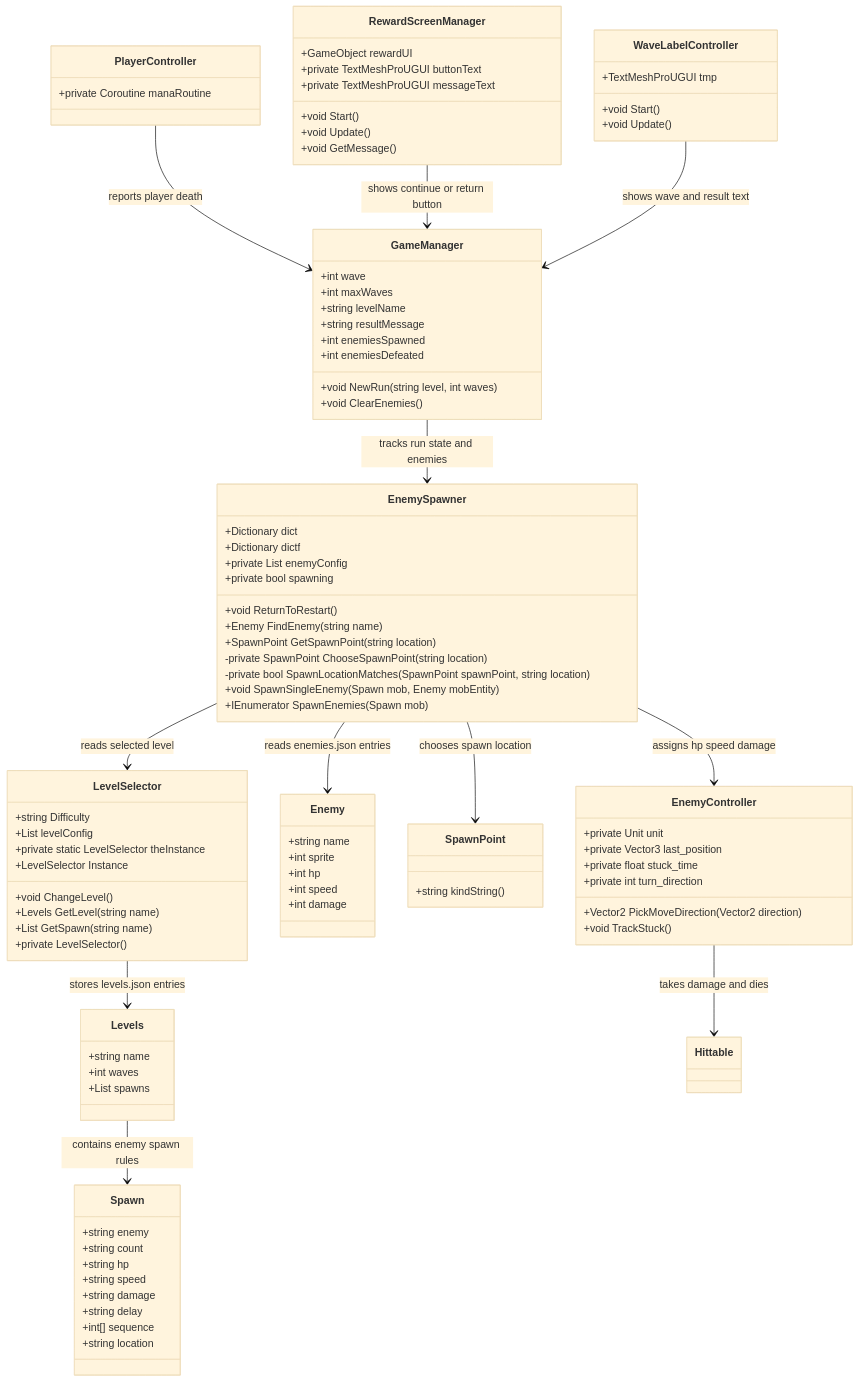
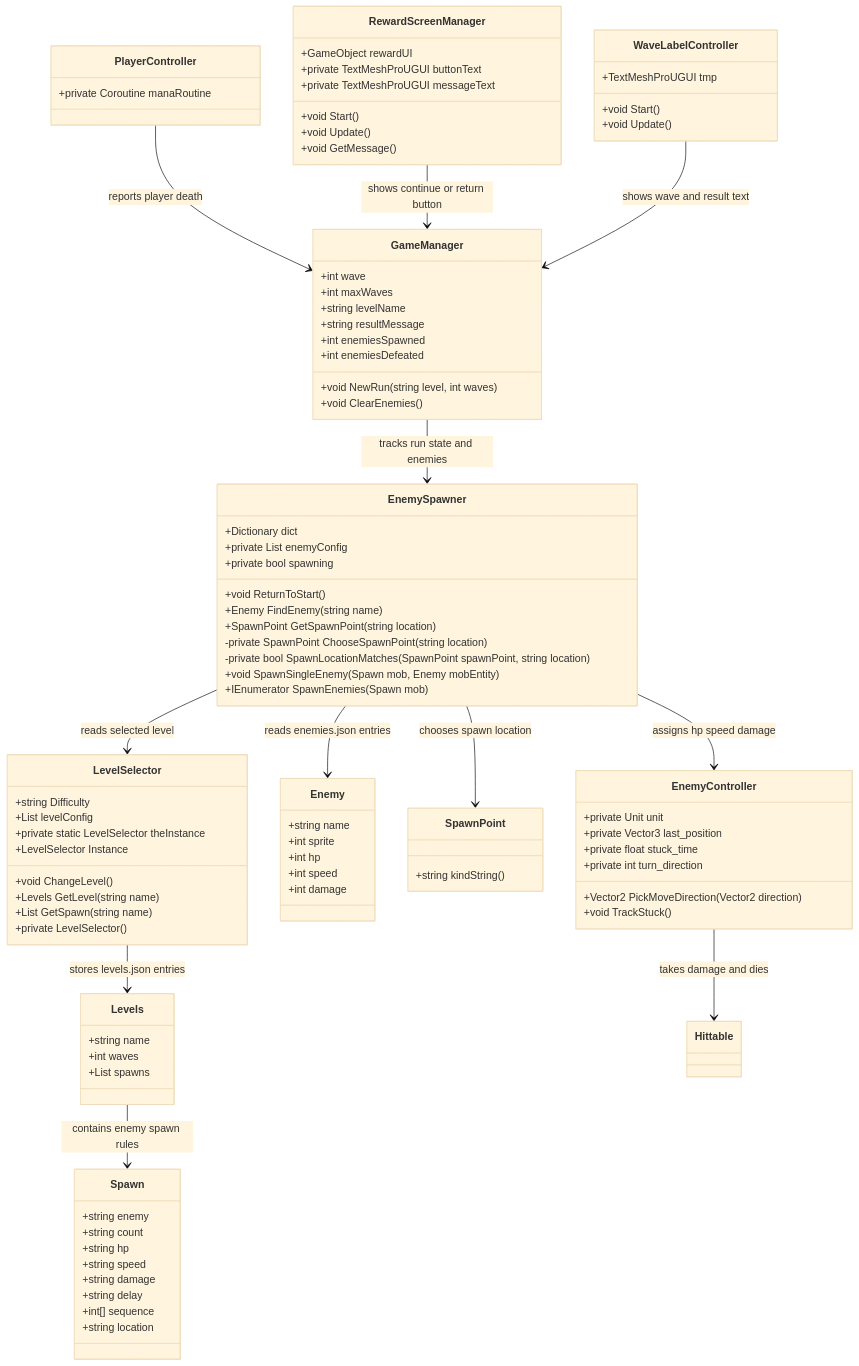
Before and after one commit to Dermisbakin/CMPM121Framework: the diagram in report.md, drawn with Mermaid (base theme). The commit also changed 2 other files, not shown here.

Commit message:
The Finale.

```diff
--- a/report.md
+++ b/report.md
@@ -48,10 +48,9 @@
 
     class EnemySpawner {
         +Dictionary<string, int> dict
-        +Dictionary<string, float> dictf
         +private List<Enemy> enemyConfig
         +private bool spawning
-        +void ReturnToRestart()
+        +void ReturnToStart()
         +Enemy FindEnemy(string name)
         +SpawnPoint GetSpawnPoint(string location)
         -private SpawnPoint ChooseSpawnPoint(string location)
```
